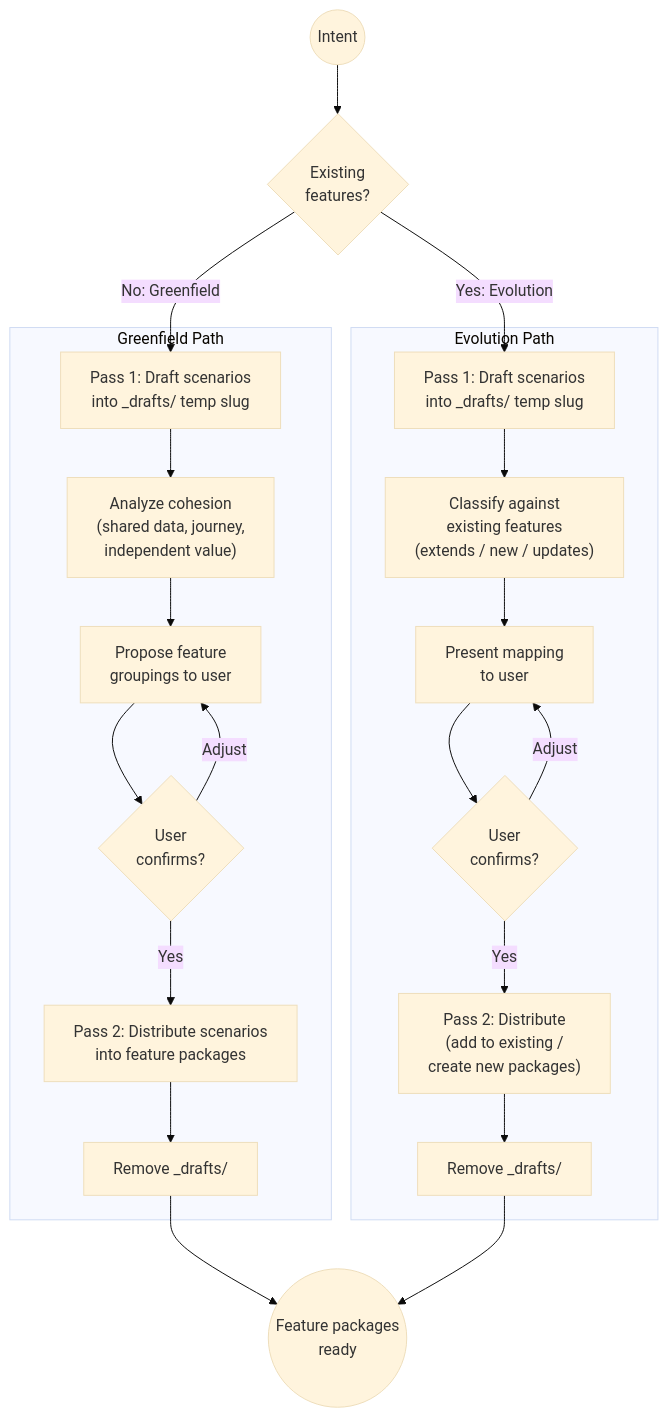
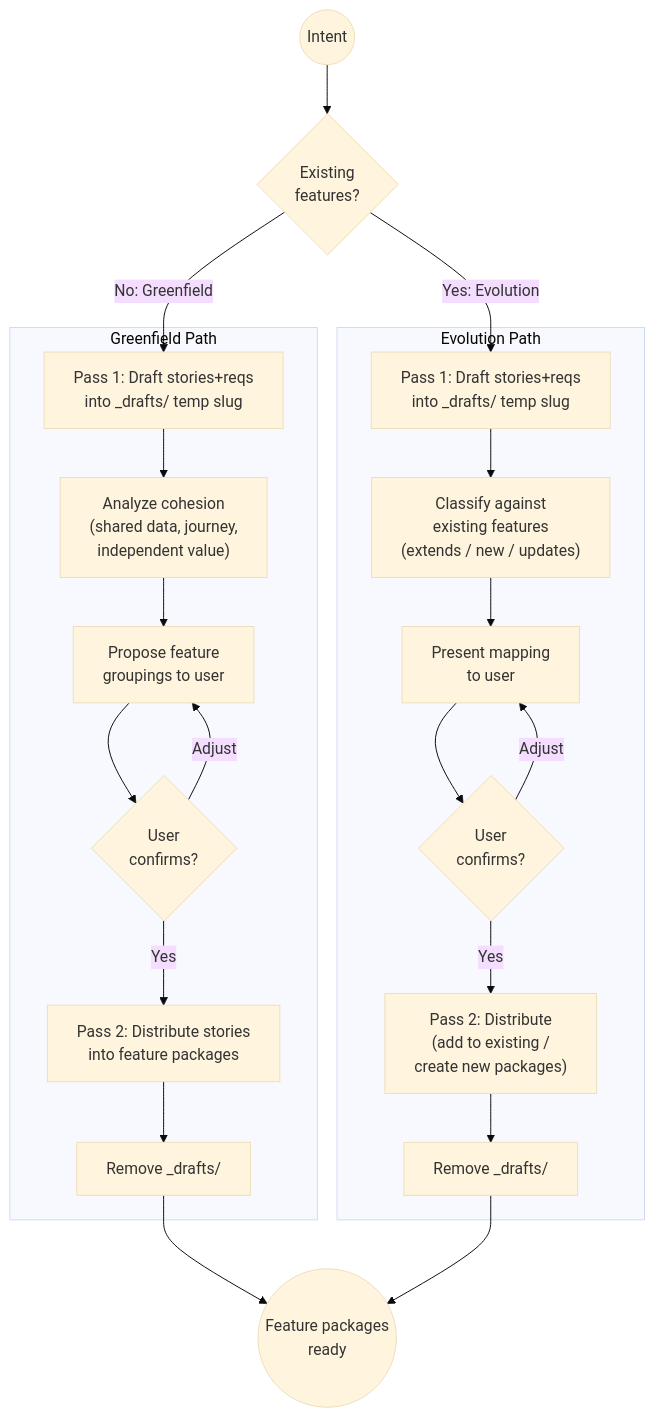
The first of 3 diagrams in skills/proven-needs/SKILL.md (provenimpact/proven-capability), drawn with Mermaid (base theme) before and after one commit. The commit also changed other lines of this file and 20 other files, not shown here.

````diff
--- a/skills/proven-needs/SKILL.md
+++ b/skills/proven-needs/SKILL.md
@@ -247,42 +230,42 @@
 ```mermaid
 flowchart TD
     START((Intent)) --> CHECK{Existing<br/>features?}
 
     CHECK -->|No: Greenfield| GF_P1
     CHECK -->|Yes: Evolution| EV_P1
 
     subgraph greenfield ["Greenfield Path"]
-        GF_P1["Pass 1: Draft scenarios<br/>into _drafts/ temp slug"]
+        GF_P1["Pass 1: Draft stories+reqs<br/>into _drafts/ temp slug"]
         GF_COHESION["Analyze cohesion<br/>(shared data, journey,<br/>independent value)"]
         GF_PROPOSE["Propose feature<br/>groupings to user"]
         GF_CONFIRM{User<br/>confirms?}
-        GF_P2["Pass 2: Distribute scenarios<br/>into feature packages"]
+        GF_P2["Pass 2: Distribute stories<br/>into feature packages"]
         GF_CLEANUP["Remove _drafts/"]
 
         GF_P1 --> GF_COHESION
         GF_COHESION --> GF_PROPOSE
         GF_PROPOSE --> GF_CONFIRM
         GF_CONFIRM -->|Yes| GF_P2
         GF_CONFIRM -->|Adjust| GF_PROPOSE
         GF_P2 --> GF_CLEANUP
     end
 
     subgraph evolution ["Evolution Path"]
-        EV_P1["Pass 1: Draft scenarios<br/>into _drafts/ temp slug"]
+        EV_P1["Pass 1: Draft stories+reqs<br/>into _drafts/ temp slug"]
         EV_CLASSIFY["Classify against<br/>existing features<br/>(extends / new / updates)"]
         EV_PROPOSE["Present mapping<br/>to user"]
         EV_CONFIRM{User<br/>confirms?}
         EV_P2["Pass 2: Distribute<br/>(add to existing /<br/>create new packages)"]
         EV_CLEANUP["Remove _drafts/"]
 
         EV_P1 --> EV_CLASSIFY
         EV_CLASSIFY --> EV_PROPOSE
         EV_PROPOSE --> EV_CONFIRM
         EV_CONFIRM -->|Yes| EV_P2
         EV_CONFIRM -->|Adjust| EV_PROPOSE
         EV_P2 --> EV_CLEANUP
     end
 
     GF_CLEANUP --> DONE((Feature packages<br/>ready))
     EV_CLEANUP --> DONE
 ```
````
